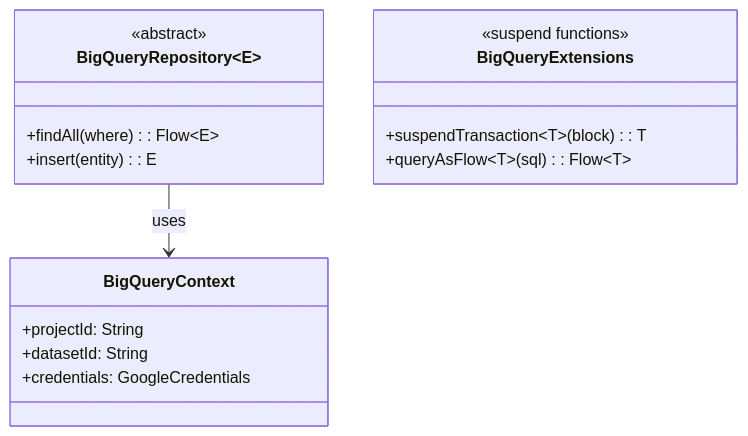
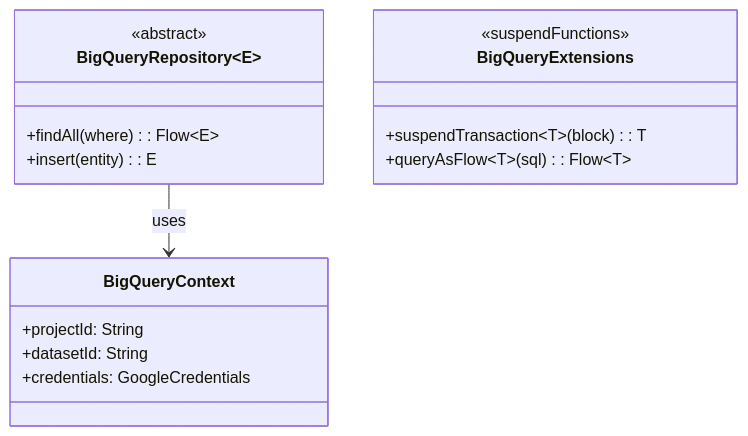
Before and after one commit to bluetape4k/bluetape4k-projects: the first of 2 diagrams in data/exposed-bigquery/README.md, drawn with Mermaid. The commit also changed other lines of this file and 95 other files, not shown here.

First line of the commit message:
docs: Mermaid 파서 오류 전체 수정 (IntelliJ IDEA 호환)

````diff
--- a/data/exposed-bigquery/README.md
+++ b/data/exposed-bigquery/README.md
@@ -134,27 +134,21 @@
 ```mermaid
 classDiagram
     direction TB
     class BigQueryContext {
         +projectId: String
         +datasetId: String
         +credentials: GoogleCredentials
     }
     class BigQueryRepository~E~ {
         <<abstract>>
         +findAll(where): Flow~E~
         +insert(entity): E
     }
     class BigQueryExtensions {
-        <<suspend functions>>
+        <<suspendFunctions>>
         +suspendTransaction~T~(block): T
         +queryAsFlow~T~(sql): Flow~T~
     }
     BigQueryRepository --> BigQueryContext : uses
 
-    classDef dbStyle fill:#607D8B
-    classDef repoStyle fill:#2196F3
-    classDef serviceStyle fill:#4CAF50
-    class BigQueryContext:::dbStyle
-    class BigQueryRepository:::repoStyle
-    class BigQueryExtensions:::serviceStyle
 ```
````
